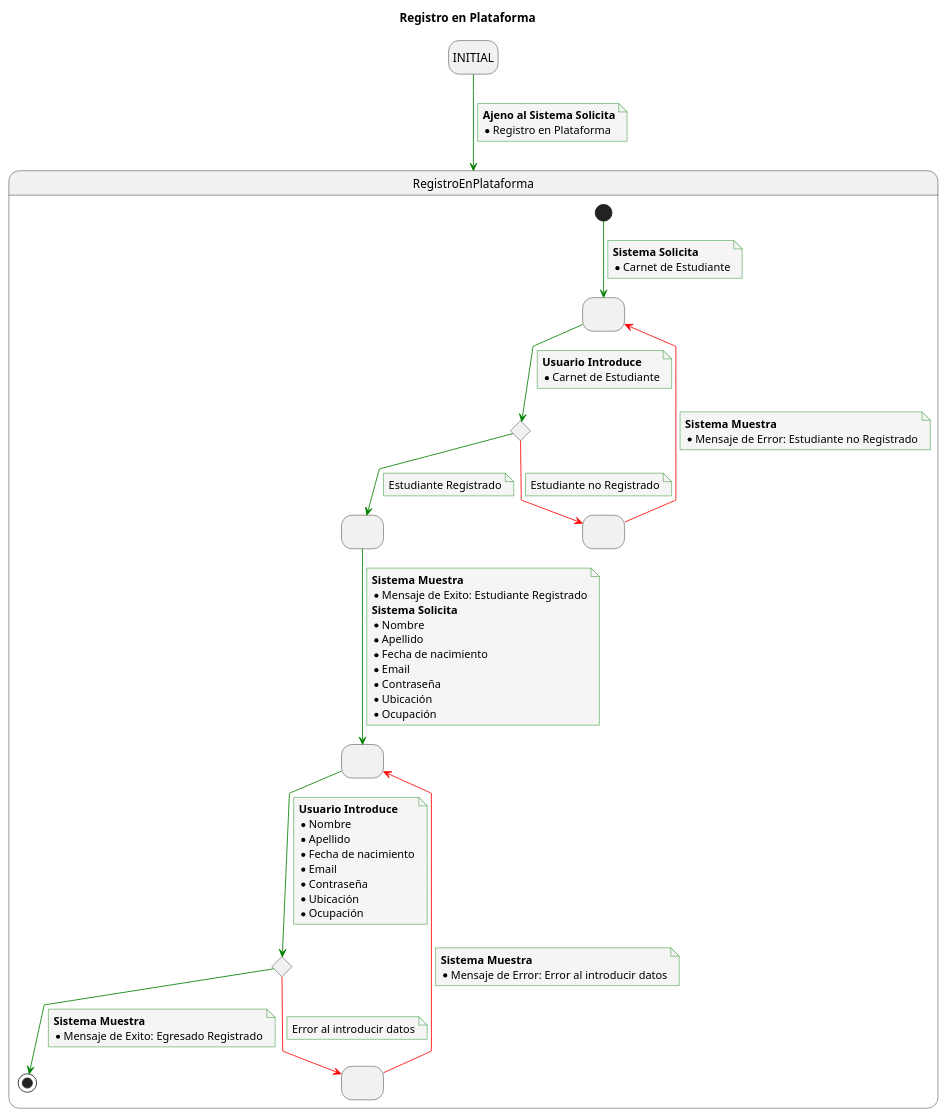
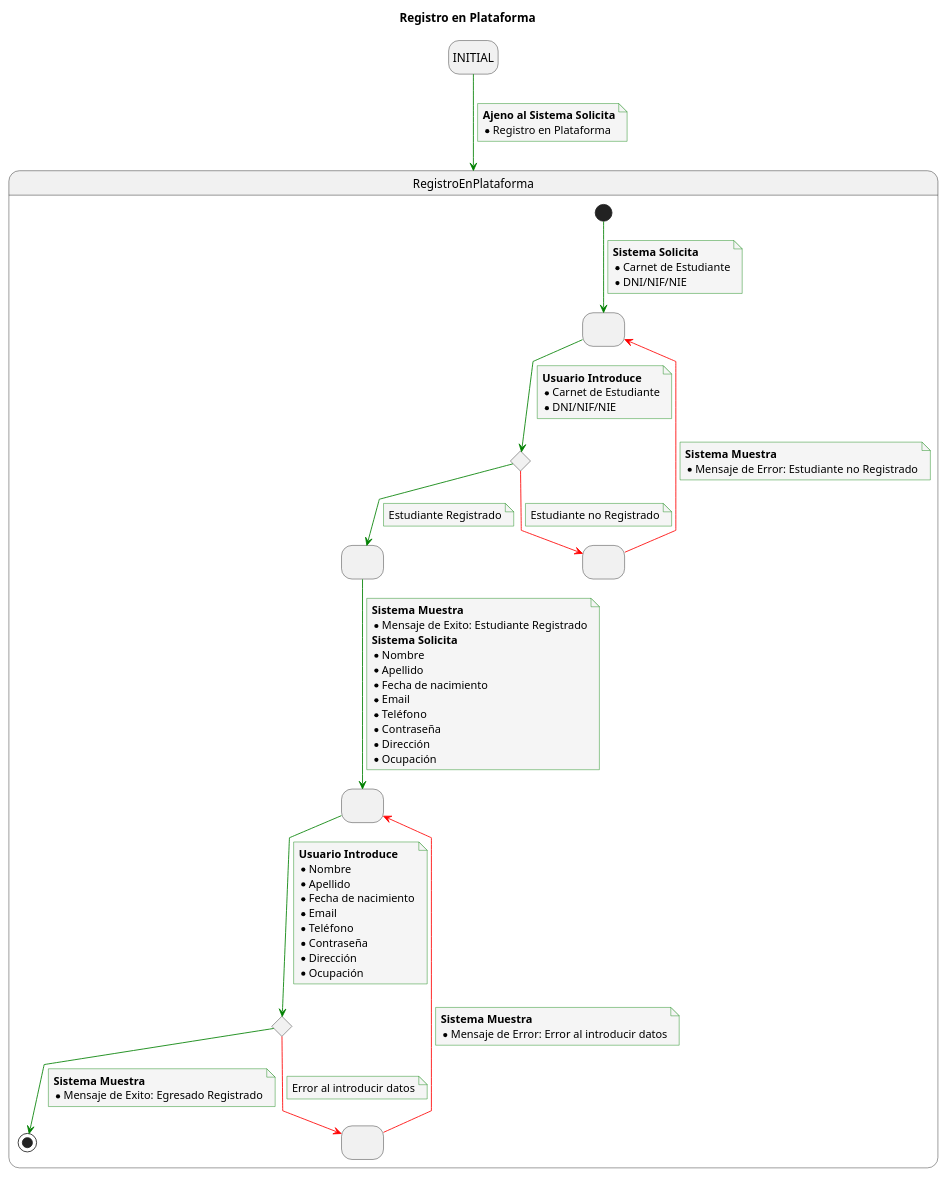
One commit to mmasias/23-24-IdSw1-SDR changed the diagram in Caso_de_Uso/Casos_de_Uso/Usuarios/Egresado/Registro_en_plataforma/Caso_de_Uso.puml. Above: the diagram before and after it, drawn with PlantUML.

```diff
--- a/Caso_de_Uso/Casos_de_Uso/Usuarios/Egresado/Registro_en_plataforma/Caso_de_Uso.puml
+++ b/Caso_de_Uso/Casos_de_Uso/Usuarios/Egresado/Registro_en_plataforma/Caso_de_Uso.puml
@@ -1,105 +1,107 @@
 @startuml
-
 title Registro en Plataforma
 
 skinparam {
     NoteBackgroundColor #whiteSmoke
     ArrowColor #green
     NoteBorderColor #green
     linetype polyline
 }
 
 hide empty description
 
 state startState as "INITIAL"
 
 startState --> RegistroEnPlataforma
 note on link
     <b>Ajeno al Sistema Solicita</b>
     * Registro en Plataforma
 end note
 
 state RegistroEnPlataforma {
   state 2 as " "
   state 3 <<choice>>
   state 4 as " "
   state 5 as " "
   state 6 as " "
   state 7 <<choice>>
   state 8 as " "
 
 
   [*] --> 2
   note on link
     <b>Sistema Solicita</b>
-    * Carnet de Estudiante
+    * Carnet de Estudiante 
+    * DNI/NIF/NIE
   end note
 
   2 --> 3
   note on link
     <b>Usuario Introduce</b>
     * Carnet de Estudiante
+    * DNI/NIF/NIE
   end note
 
   3 -[#red]-> 5
   note on link
     Estudiante no Registrado
   end note
 
   5 -[#red]-> 2
   note on link
     <b>Sistema Muestra</b>
     * Mensaje de Error: Estudiante no Registrado
   end note
 
   3 --> 4
   note on link
     Estudiante Registrado
   end note
 
   4 --> 6
   note on link
     <b>Sistema Muestra</b>
     * Mensaje de Exito: Estudiante Registrado
     <b>Sistema Solicita</b>
     * Nombre
     * Apellido
     * Fecha de nacimiento
     * Email
+    * Teléfono
     * Contraseña
-    * Ubicación
+    * Dirección
     * Ocupación
   end note
 
   6 --> 7
   note on link
     <b>Usuario Introduce</b>
     * Nombre
     * Apellido
     * Fecha de nacimiento
     * Email
+    * Teléfono
     * Contraseña
-    * Ubicación
+    * Dirección
     * Ocupación
   end note
 
   7 --> [*]
   note on link
     <b>Sistema Muestra</b>
     * Mensaje de Exito: Egresado Registrado
   end note
 
   7 -[#red]-> 8
   note on link
     Error al introducir datos
   end note
 
   8 -[#red]-> 6
   note on link
     <b>Sistema Muestra</b>
     * Mensaje de Error: Error al introducir datos
   end note
 
 }
-
 @enduml
```
